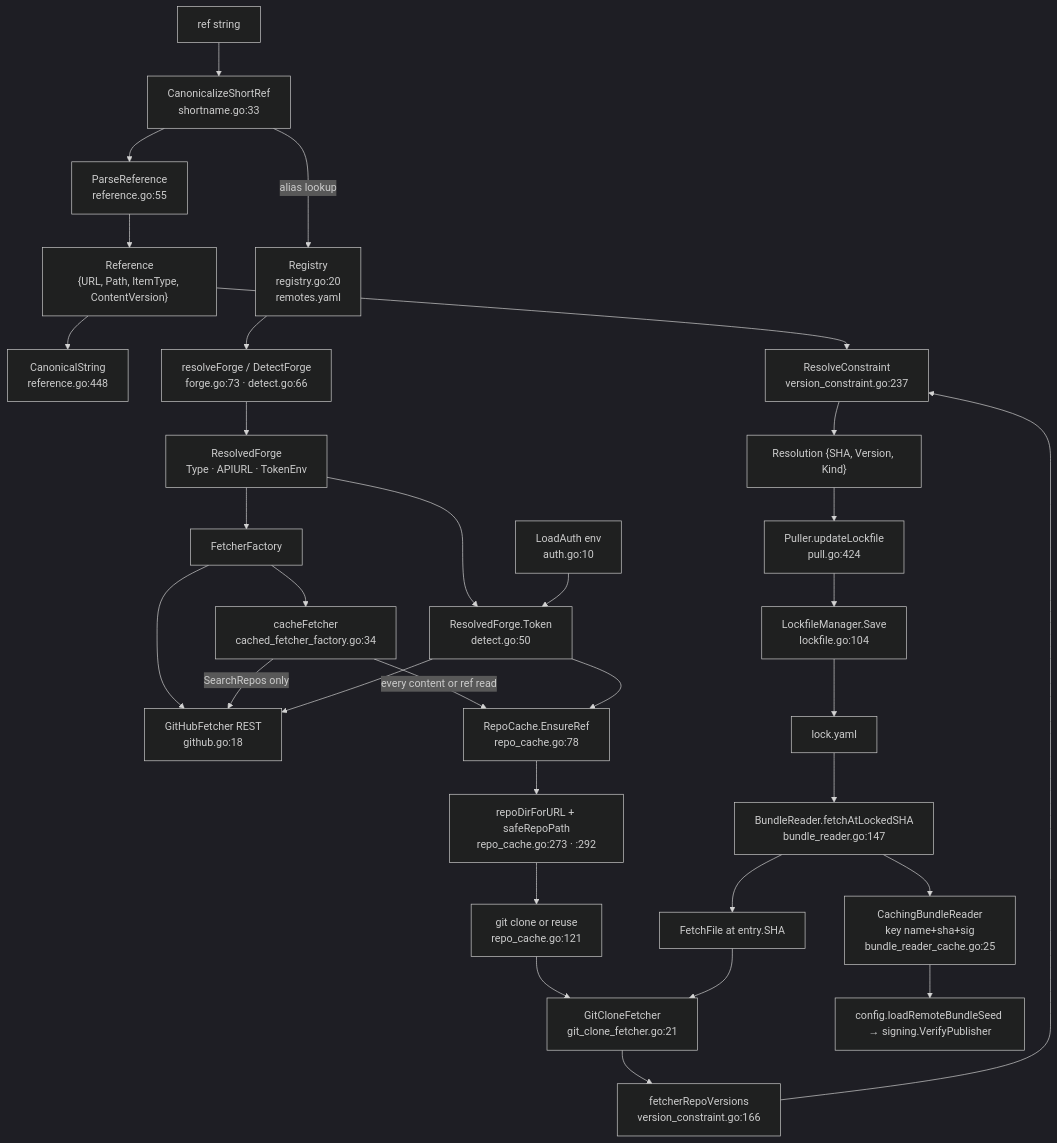
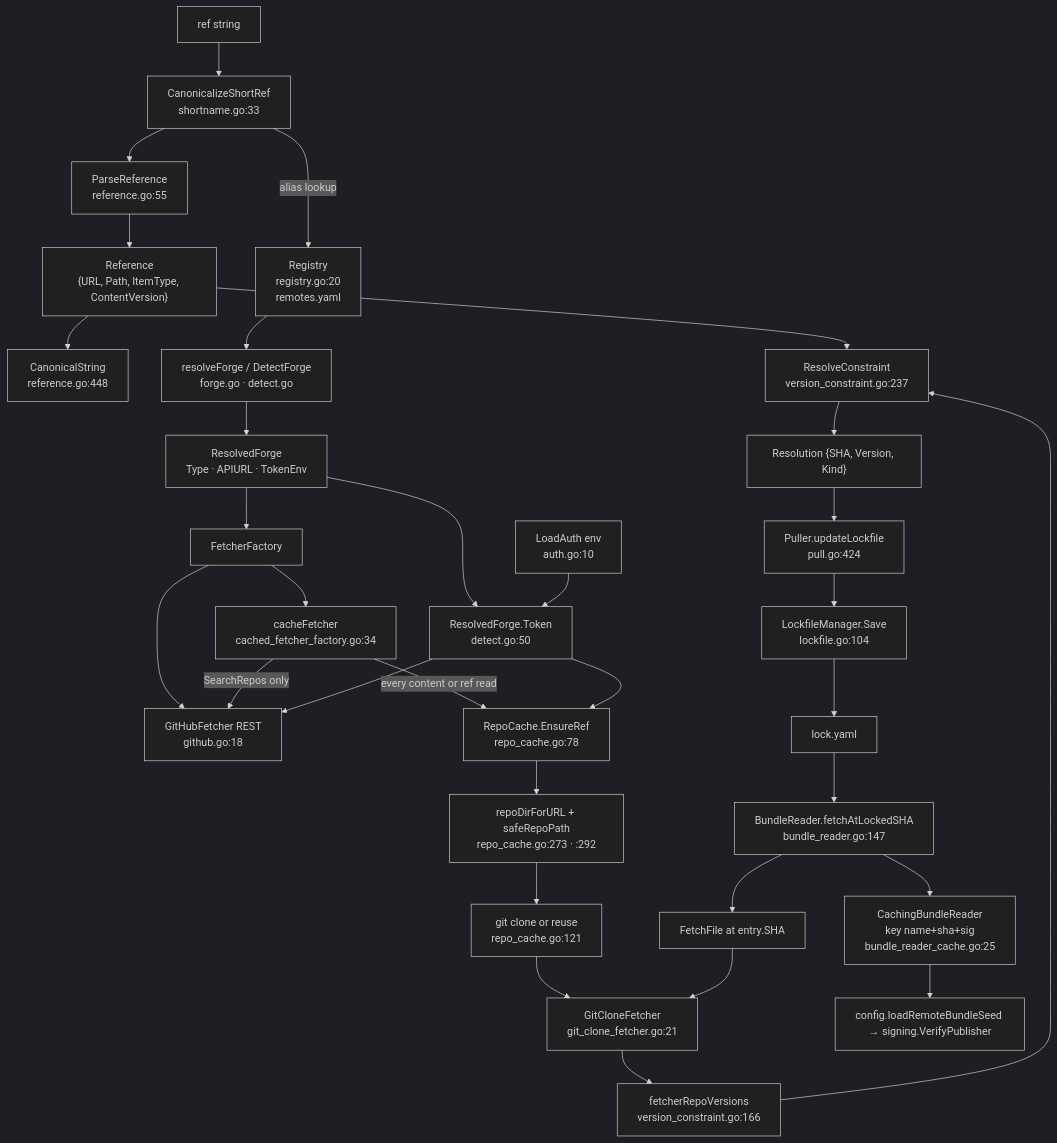
One commit to ctxloom/ctxloom changed the diagram in docs/architecture/core/remote.md. Above: the diagram before and after it, drawn with Mermaid (dark theme). The commit also changed other lines of this file and 8 other files, not shown here.

````diff
--- a/docs/architecture/core/remote.md
+++ b/docs/architecture/core/remote.md
@@ -53,40 +53,40 @@
 ```mermaid
 flowchart TD
     REF["ref string"] --> CSR["CanonicalizeShortRef<br/>shortname.go:33"]
     CSR --> PR["ParseReference<br/>reference.go:55"]
     PR --> REFV["Reference<br/>{URL, Path, ItemType, ContentVersion}"]
     REFV --> CS["CanonicalString<br/>reference.go:448"]
 
     CSR -->|alias lookup| REG["Registry<br/>registry.go:20<br/>remotes.yaml"]
-    REG --> FORGE["resolveForge / DetectForge<br/>forge.go:73 · detect.go:66"]
+    REG --> FORGE["resolveForge / DetectForge<br/>forge.go · detect.go"]
     FORGE --> RFG["ResolvedForge<br/>Type · APIURL · TokenEnv"]
     RFG --> TOK["ResolvedForge.Token<br/>detect.go:50"]
     AUTH["LoadAuth env<br/>auth.go:10"] --> TOK
 
     RFG --> FF["FetcherFactory"]
     FF --> CFAC["cacheFetcher<br/>cached_fetcher_factory.go:34"]
     FF --> GHF["GitHubFetcher REST<br/>github.go:18"]
     CFAC -->|"every content or ref read"| RCACHE["RepoCache.EnsureRef<br/>repo_cache.go:78"]
     CFAC -->|"SearchRepos only"| GHF
     TOK --> RCACHE
     TOK --> GHF
 
     RCACHE --> DIR["repoDirForURL + safeRepoPath<br/>repo_cache.go:273 · :292"]
     DIR --> CLONE["git clone or reuse<br/>repo_cache.go:121"]
     CLONE --> GCF["GitCloneFetcher<br/>git_clone_fetcher.go:21"]
 
     REFV --> RC["ResolveConstraint<br/>version_constraint.go:237"]
     GCF --> FRV["fetcherRepoVersions<br/>version_constraint.go:166"]
     FRV --> RC
     RC --> RES["Resolution {SHA, Version, Kind}"]
 
     RES --> UL["Puller.updateLockfile<br/>pull.go:424"]
     UL --> LM["LockfileManager.Save<br/>lockfile.go:104"]
     LM --> LOCK["lock.yaml"]
 
     LOCK --> BR["BundleReader.fetchAtLockedSHA<br/>bundle_reader.go:147"]
     BR --> FRB["FetchFile at entry.SHA"]
     FRB --> GCF
     BR --> CBR["CachingBundleReader<br/>key name+sha+sig<br/>bundle_reader_cache.go:25"]
     CBR --> CONS["config.loadRemoteBundleSeed → signing.VerifyPublisher"]
 ```
````
